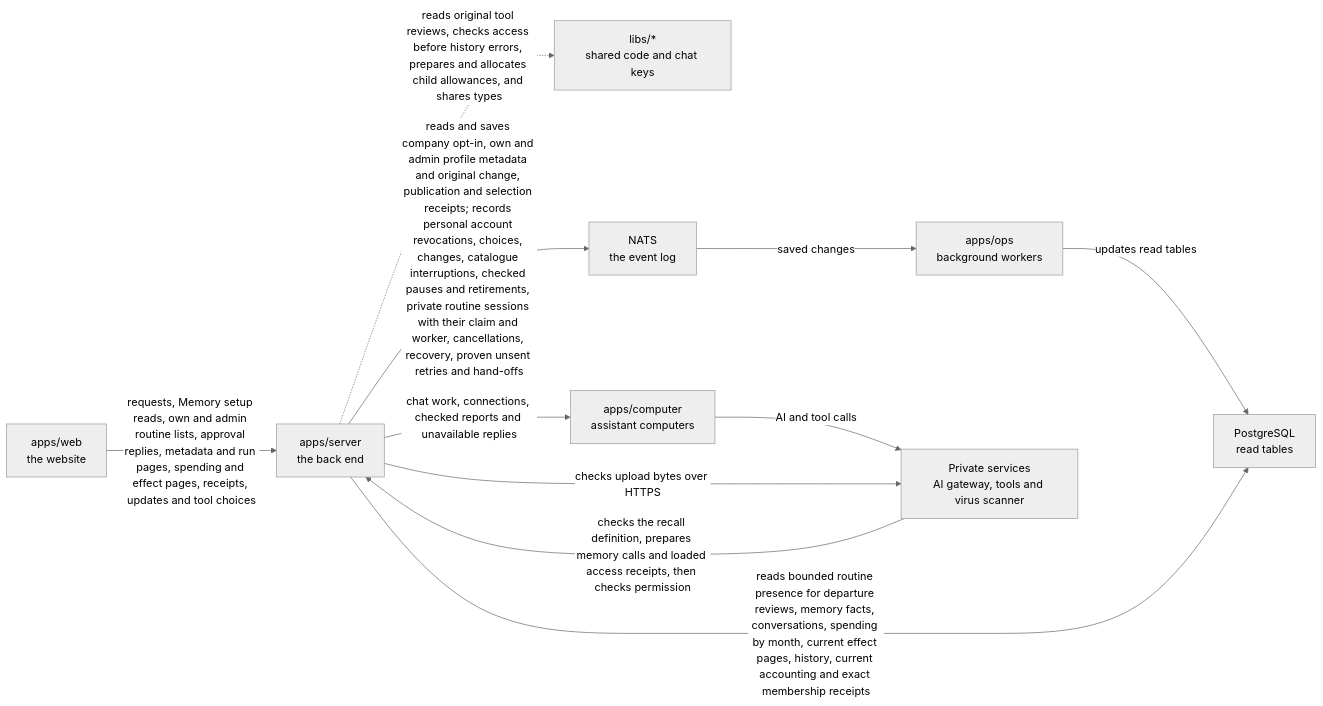
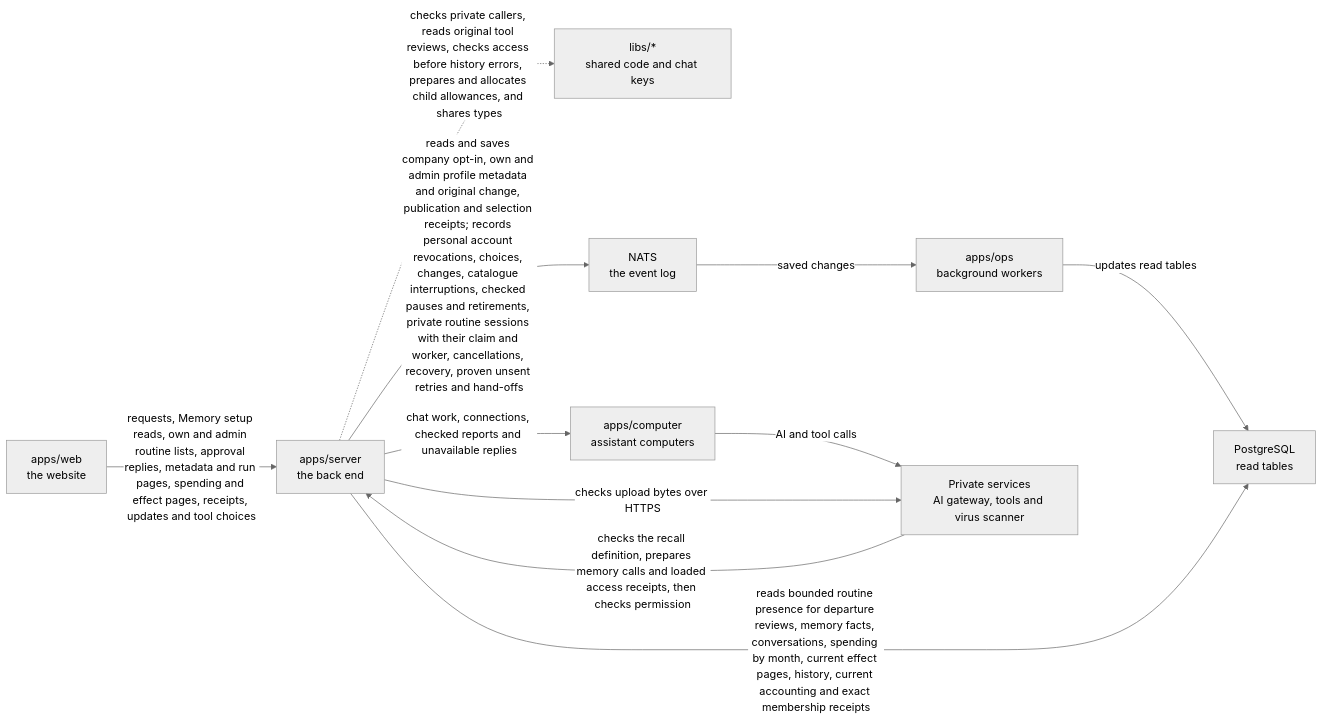
One commit to elewa-git/opencrane-new changed the diagram in apps/server/README.md. Above: the diagram before and after it, drawn with Mermaid (neutral theme). The commit also changed other lines of this file and 14 other files, not shown here.

Commit message:
🔒 Check saved private turns before assembling recall tools

````diff
--- a/apps/server/README.md
+++ b/apps/server/README.md
@@ -82,13 +82,13 @@
 ```mermaid
 flowchart LR
   web["apps/web<br/>the website"] -->|requests, Memory setup reads, own and admin routine lists, approval replies, metadata and run pages, spending and effect pages, receipts, updates and tool choices| server["apps/server<br/>the back end"]
-  server -.->|reads original tool reviews, checks access before history errors, prepares and allocates child allowances, and shares types| libs["libs/*<br/>shared code and chat keys"]
+  server -.->|checks private callers, reads original tool reviews, checks access before history errors, prepares and allocates child allowances, and shares types| libs["libs/*<br/>shared code and chat keys"]
   server -->|reads and saves company opt-in, own and admin profile metadata and original change, publication and selection receipts; records personal account revocations, choices, changes, catalogue interruptions, checked pauses and retirements, private routine sessions with their claim and worker, cancellations, recovery, proven unsent retries and hand-offs| nats["NATS<br/>the event log"]
   nats -->|saved changes| ops["apps/ops<br/>background workers"]
   ops -->|updates read tables| postgres["PostgreSQL<br/>read tables"]
   server -->|reads bounded routine presence for departure reviews, memory facts, conversations, spending by month, current effect pages, history, current accounting and exact membership receipts| postgres
   server -->|chat work, connections, checked reports and unavailable replies| computer["apps/computer<br/>assistant computers"]
   computer -->|AI and tool calls| runtime["Private services<br/>AI gateway, tools and virus scanner"]
   server -->|checks upload bytes over HTTPS| runtime
   runtime -->|checks the recall definition, prepares memory calls and loaded access receipts, then checks permission| server
 ```
````
